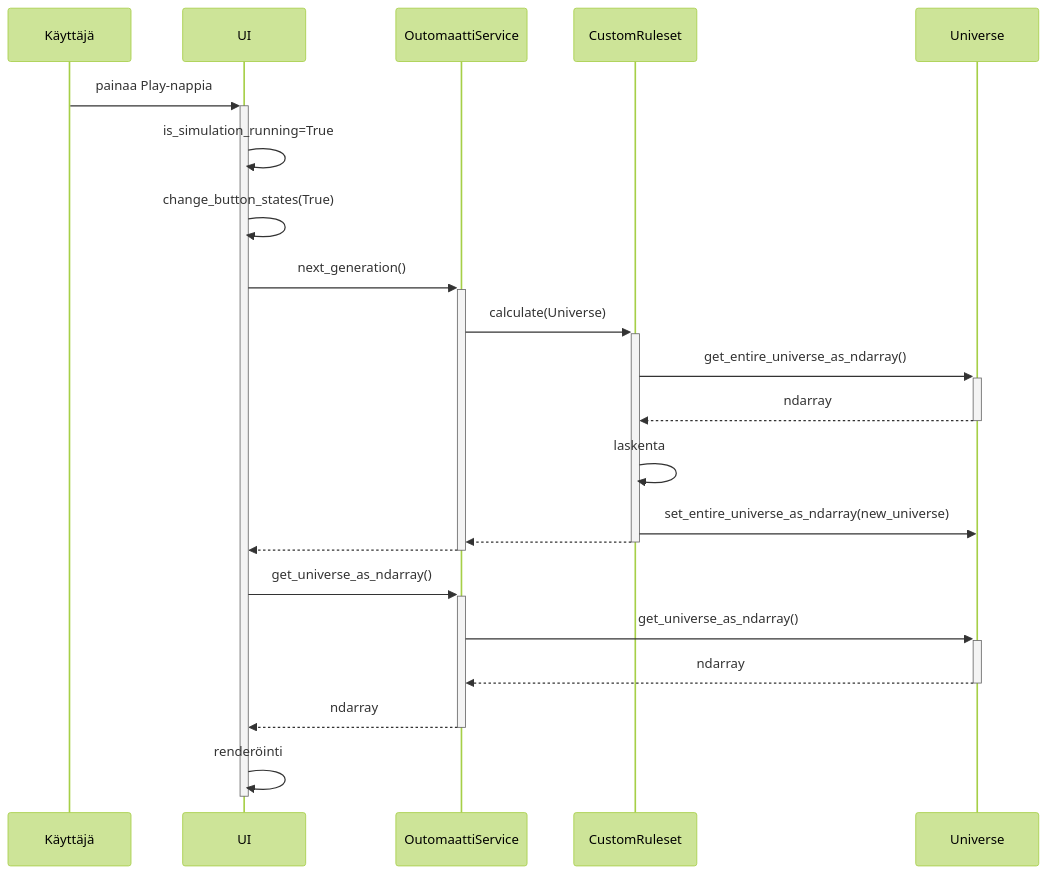
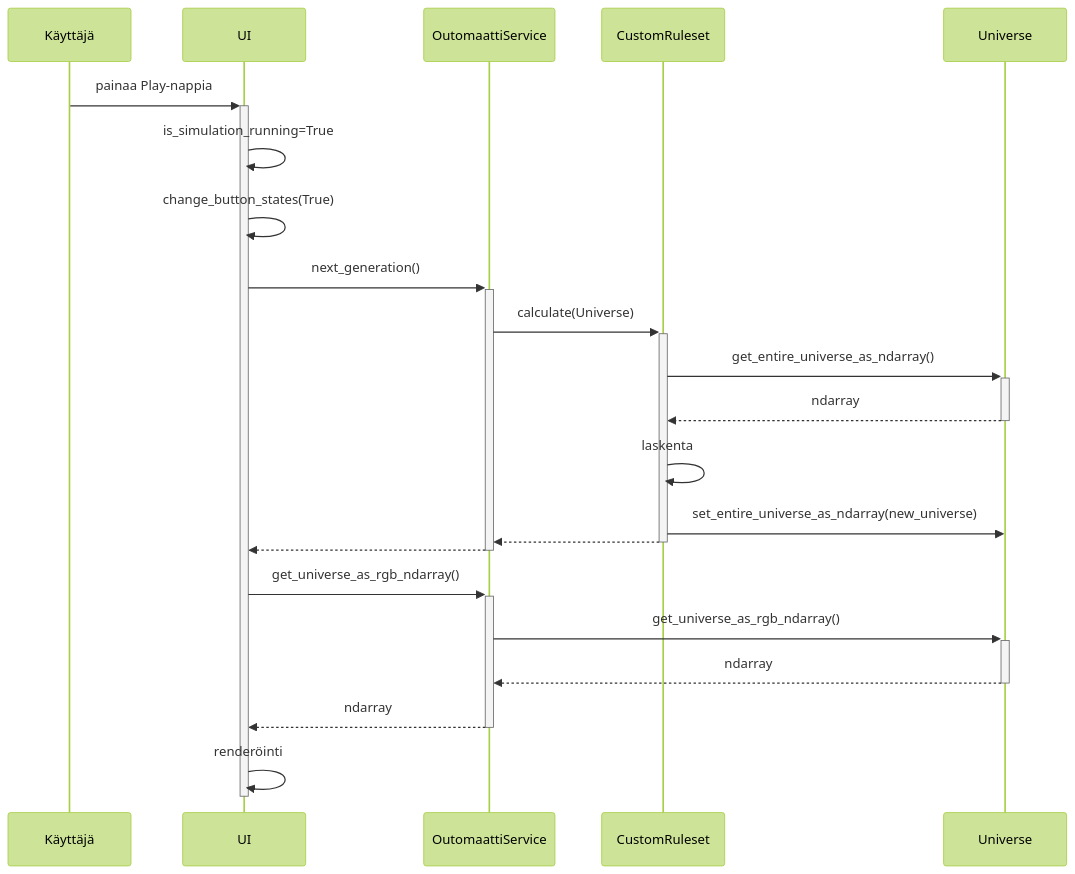
The second of 2 diagrams in dokumentaatio/arkkitehtuuri.md (Aurala/ot-harjoitustyo), drawn with Mermaid (forest theme) before and after one commit. The commit also changed other lines of this file and 9 other files, not shown here.

````diff
--- a/dokumentaatio/arkkitehtuuri.md
+++ b/dokumentaatio/arkkitehtuuri.md
@@ -85,19 +113,19 @@
 ```mermaid
 sequenceDiagram
     Käyttäjä->>+UI: painaa Play-nappia
     UI->>UI: is_simulation_running=True
     UI->>UI: change_button_states(True)
     UI->>+OutomaattiService: next_generation()
     OutomaattiService->>+CustomRuleset: calculate(Universe)
     CustomRuleset->>+Universe: get_entire_universe_as_ndarray()
     Universe-->>-CustomRuleset: ndarray
     CustomRuleset->>CustomRuleset: laskenta
     CustomRuleset->>Universe: set_entire_universe_as_ndarray(new_universe)
     CustomRuleset-->>-OutomaattiService: 
     OutomaattiService-->>-UI: 
-    UI->>+OutomaattiService: get_universe_as_ndarray()
-    OutomaattiService->>+Universe: get_universe_as_ndarray()
+    UI->>+OutomaattiService: get_universe_as_rgb_ndarray()
+    OutomaattiService->>+Universe: get_universe_as_rgb_ndarray()
     Universe-->>-OutomaattiService: ndarray
     OutomaattiService-->>-UI: ndarray
     UI->>-UI: renderöinti
 ```
````
